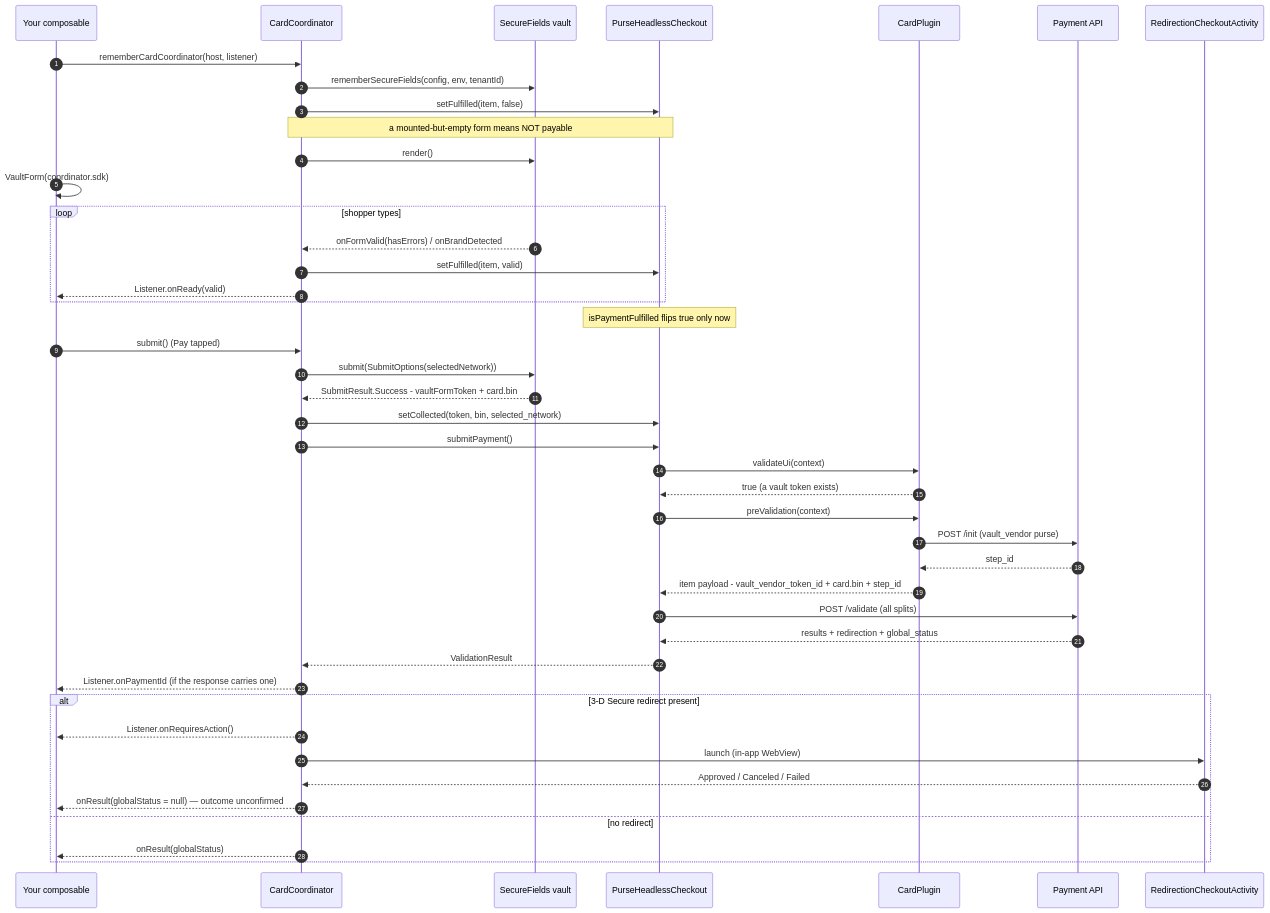
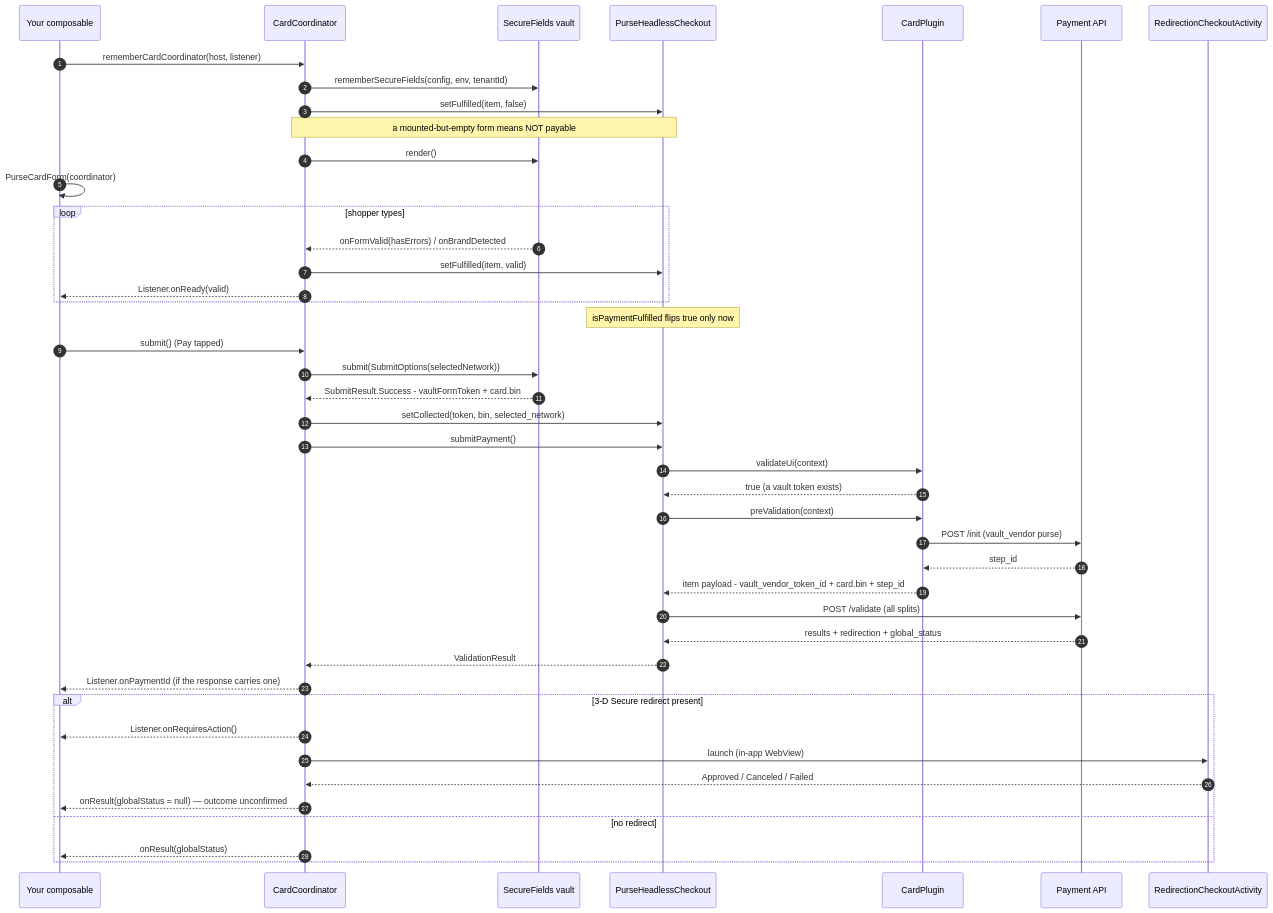
Before and after one commit to UpStreamPay/purse-headless-checkout-android: the diagram in docs/plugins/card-purse-vault.md, drawn with Mermaid. The commit also changed other lines of this file and 3 other files, not shown here.

Commit message:
docs: theme scopes, card-form texts, PurseCardForm

````diff
--- a/docs/plugins/card-purse-vault.md
+++ b/docs/plugins/card-purse-vault.md
@@ -39,50 +39,50 @@
 ```mermaid
 sequenceDiagram
     autonumber
     participant App as Your composable
     participant Co as CardCoordinator
     participant SF as SecureFields vault
     participant Ck as PurseHeadlessCheckout
     participant Pl as CardPlugin
     participant Api as Payment API
     participant Rd as RedirectionCheckoutActivity
 
     App->>Co: rememberCardCoordinator(host, listener)
     Co->>SF: rememberSecureFields(config, env, tenantId)
     Co->>Ck: setFulfilled(item, false)
     Note over Co,Ck: a mounted-but-empty form means NOT payable
     Co->>SF: render()
-    App->>App: VaultForm(coordinator.sdk)
+    App->>App: PurseCardForm(coordinator)
 
     loop shopper types
         SF-->>Co: onFormValid(hasErrors) / onBrandDetected
         Co->>Ck: setFulfilled(item, valid)
         Co-->>App: Listener.onReady(valid)
     end
     Note over Ck: isPaymentFulfilled flips true only now
 
     App->>Co: submit()  (Pay tapped)
     Co->>SF: submit(SubmitOptions(selectedNetwork))
     SF-->>Co: SubmitResult.Success - vaultFormToken + card.bin
     Co->>Ck: setCollected(token, bin, selected_network)
     Co->>Ck: submitPayment()
     Ck->>Pl: validateUi(context)
     Pl-->>Ck: true (a vault token exists)
     Ck->>Pl: preValidation(context)
     Pl->>Api: POST /init (vault_vendor purse)
     Api-->>Pl: step_id
     Pl-->>Ck: item payload - vault_vendor_token_id + card.bin + step_id
     Ck->>Api: POST /validate (all splits)
     Api-->>Ck: results + redirection + global_status
     Ck-->>Co: ValidationResult
     Co-->>App: Listener.onPaymentId (if the response carries one)
 
     alt 3-D Secure redirect present
         Co-->>App: Listener.onRequiresAction()
         Co->>Rd: launch (in-app WebView)
         Rd-->>Co: Approved / Canceled / Failed
         Co-->>App: onResult(globalStatus = null) — outcome unconfirmed
     else no redirect
         Co-->>App: onResult(globalStatus)
     end
 ```
````
